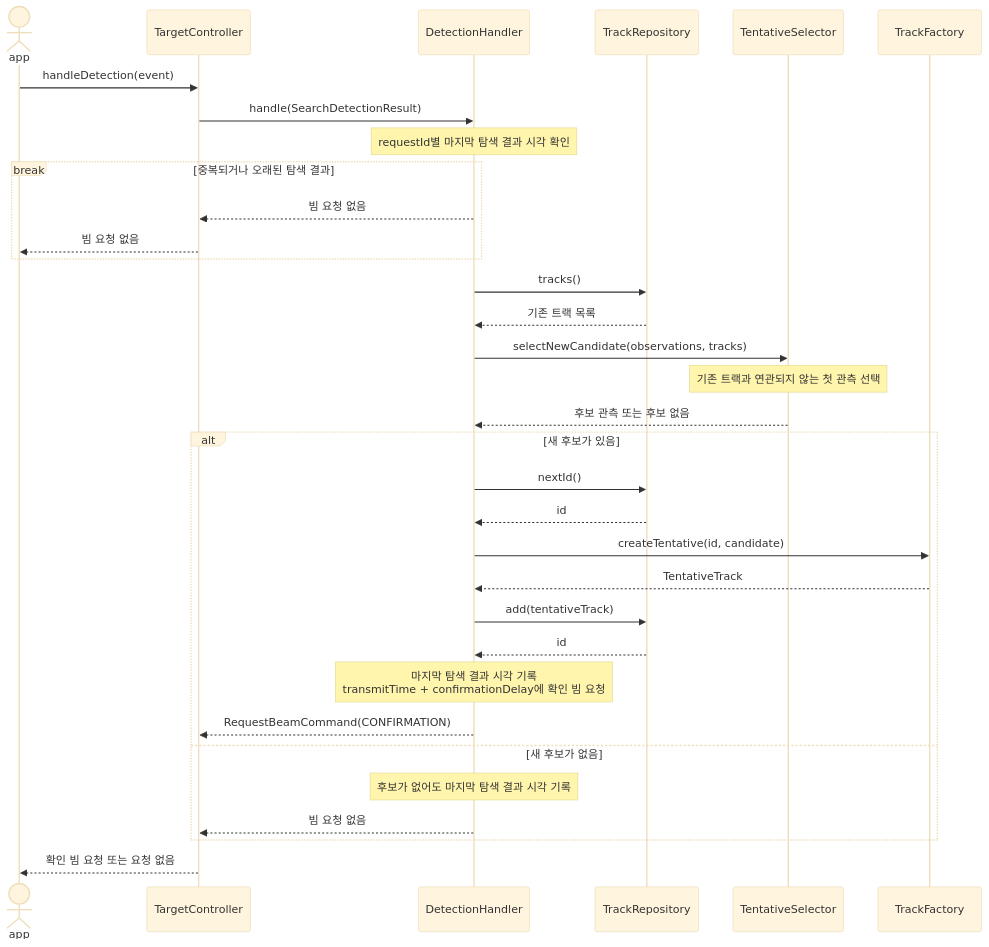
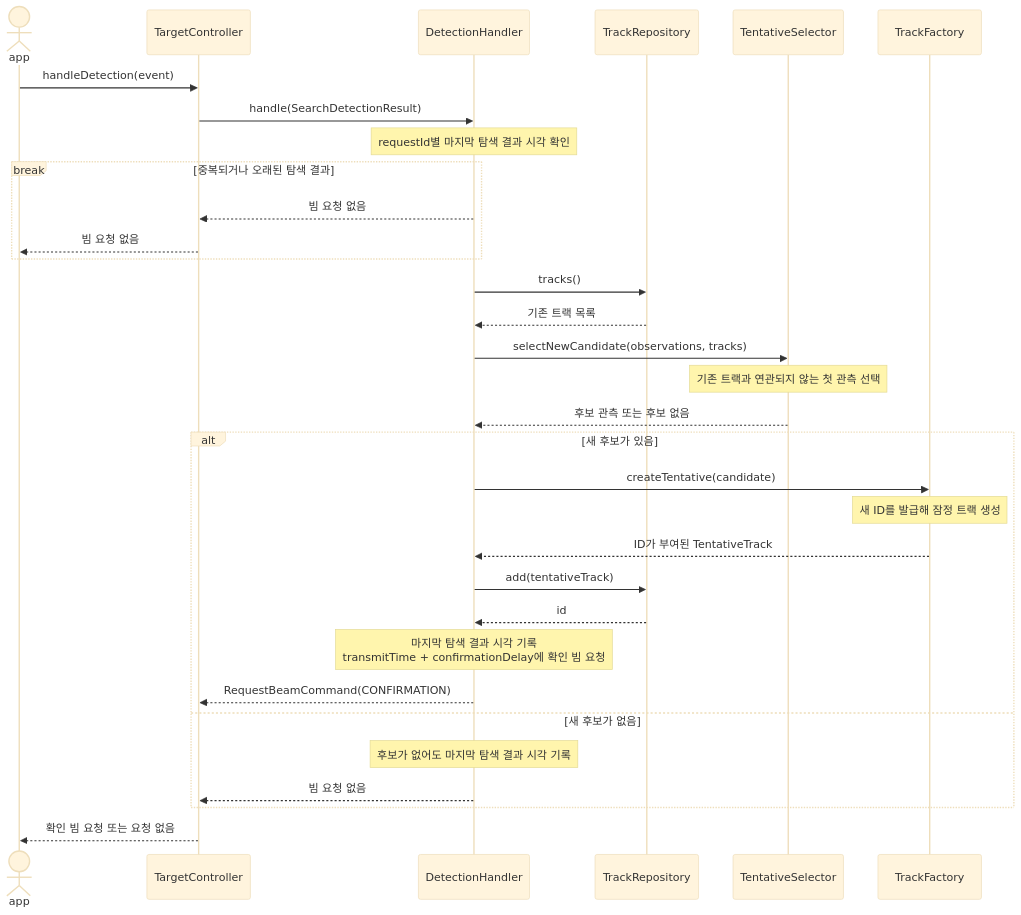
The fourth of 8 diagrams in src/target/README.md (AESAlien/aesa-processor), drawn with Mermaid (base theme) before and after one commit. The commit also changed 16 other files, not shown here.

````diff
--- a/src/target/README.md
+++ b/src/target/README.md
@@ -115,38 +115,37 @@
 ```mermaid
 sequenceDiagram
     actor app
     participant TargetController
     participant DetectionHandler
     participant TrackRepository
     participant TentativeSelector
     participant TrackFactory
 
     app->>TargetController: handleDetection(event)
     TargetController->>DetectionHandler: handle(SearchDetectionResult)
     Note over DetectionHandler: requestId별 마지막 탐색 결과 시각 확인
     break 중복되거나 오래된 탐색 결과
         DetectionHandler-->>TargetController: 빔 요청 없음
         TargetController-->>app: 빔 요청 없음
     end
 
     DetectionHandler->>TrackRepository: tracks()
     TrackRepository-->>DetectionHandler: 기존 트랙 목록
     DetectionHandler->>TentativeSelector: selectNewCandidate(observations, tracks)
     Note over TentativeSelector: 기존 트랙과 연관되지 않는 첫 관측 선택
     TentativeSelector-->>DetectionHandler: 후보 관측 또는 후보 없음
 
     alt 새 후보가 있음
-        DetectionHandler->>TrackRepository: nextId()
-        TrackRepository-->>DetectionHandler: id
-        DetectionHandler->>TrackFactory: createTentative(id, candidate)
-        TrackFactory-->>DetectionHandler: TentativeTrack
+        DetectionHandler->>TrackFactory: createTentative(candidate)
+        Note over TrackFactory: 새 ID를 발급해 잠정 트랙 생성
+        TrackFactory-->>DetectionHandler: ID가 부여된 TentativeTrack
         DetectionHandler->>TrackRepository: add(tentativeTrack)
         TrackRepository-->>DetectionHandler: id
         Note over DetectionHandler: 마지막 탐색 결과 시각 기록<br/>transmitTime + confirmationDelay에 확인 빔 요청
         DetectionHandler-->>TargetController: RequestBeamCommand(CONFIRMATION)
     else 새 후보가 없음
         Note over DetectionHandler: 후보가 없어도 마지막 탐색 결과 시각 기록
         DetectionHandler-->>TargetController: 빔 요청 없음
     end
     TargetController-->>app: 확인 빔 요청 또는 요청 없음
 ```
````
